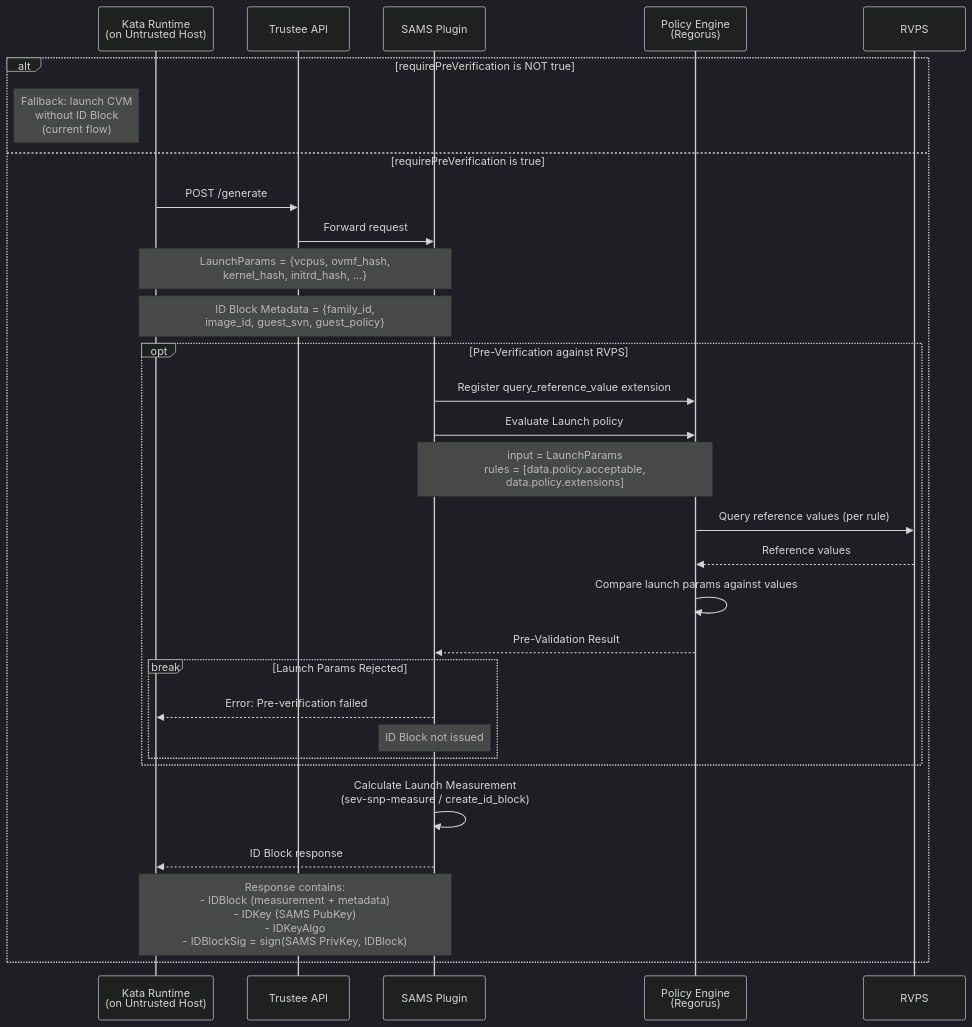
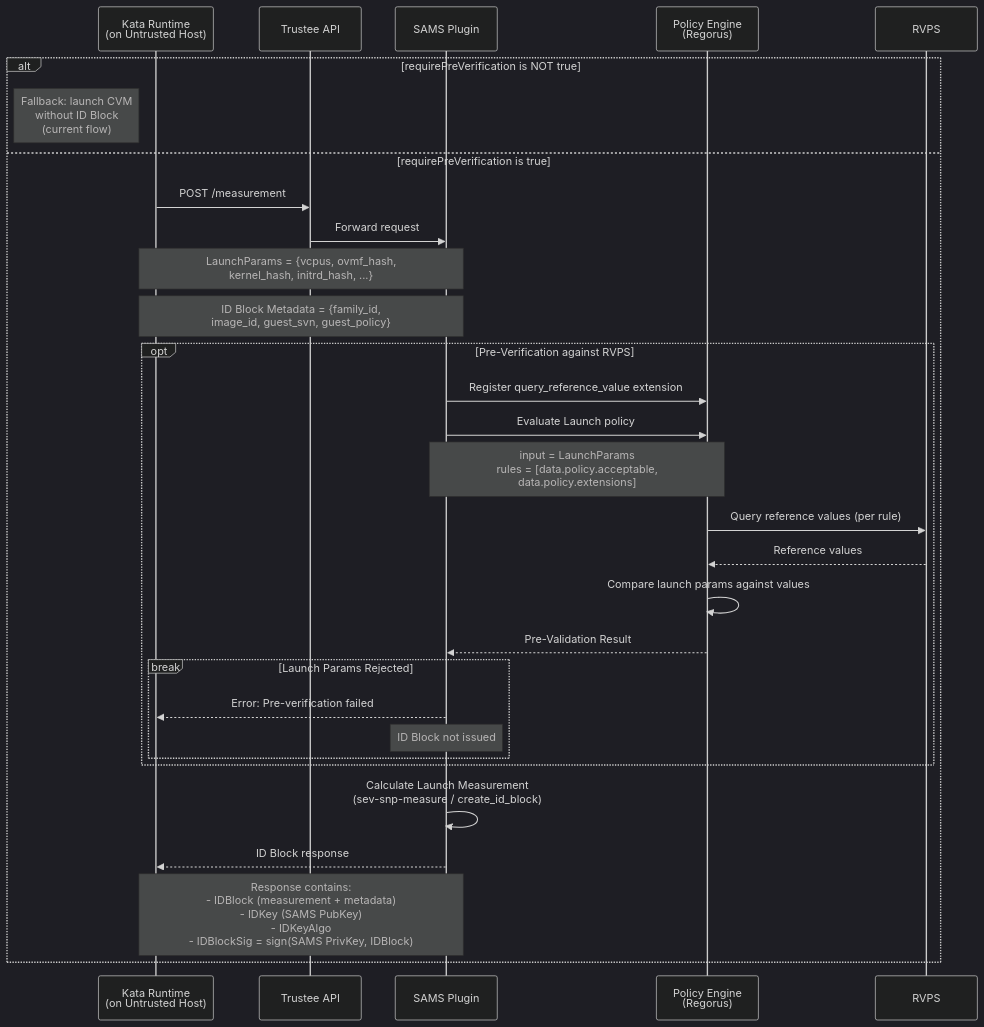
One commit to amd-cmaxwell/trustee changed the second of 6 diagrams in kbs/src/plugins/implementations/sams/README.md. Above: the diagram before and after it, drawn with Mermaid (dark theme).

Commit message:
update diagram to relfect /generate endpoint renamed to /measurement

````diff
--- a/kbs/src/plugins/implementations/sams/README.md
+++ b/kbs/src/plugins/implementations/sams/README.md
@@ -96,36 +96,36 @@
 ```mermaid
 sequenceDiagram
     participant kata_runtime as Kata Runtime<br>(on Untrusted Host)
     participant api as Trustee API
     participant sams as SAMS Plugin
     participant policy_engine as Policy Engine<br>(Regorus)
     participant rvps as RVPS
 
     alt requirePreVerification is NOT true
         note left of kata_runtime: Fallback: launch CVM<br>without ID Block<br>(current flow)
     else requirePreVerification is true
-        kata_runtime ->> api: POST /generate
+        kata_runtime ->> api: POST /measurement
         api ->> sams: Forward request
 
         note over kata_runtime, sams: LaunchParams = {vcpus, ovmf_hash,<br>kernel_hash, initrd_hash, ...}
         note over kata_runtime, sams: ID Block Metadata = {family_id,<br>image_id, guest_svn, guest_policy}
 
         opt Pre-Verification against RVPS
             sams ->> policy_engine: Register query_reference_value extension
             sams ->> policy_engine: Evaluate Launch policy
             note over sams, policy_engine: input = LaunchParams<br>rules = [data.policy.acceptable,<br>data.policy.extensions]
             policy_engine ->> rvps: Query reference values (per rule)
             rvps -->> policy_engine: Reference values
             policy_engine ->> policy_engine: Compare launch params against values
             policy_engine -->> sams: Pre-Validation Result
             break Launch Params Rejected
                 sams -->> kata_runtime: Error: Pre-verification failed
                 note over sams: ID Block not issued
             end
         end
 
         sams ->> sams: Calculate Launch Measurement<br>(sev-snp-measure / create_id_block)
         sams -->> kata_runtime: ID Block response
         note over sams, kata_runtime: Response contains:<br>- IDBlock (measurement + metadata)<br>- IDKey (SAMS PubKey)<br>- IDKeyAlgo<br>- IDBlockSig = sign(SAMS PrivKey, IDBlock)
     end
 ```
````
